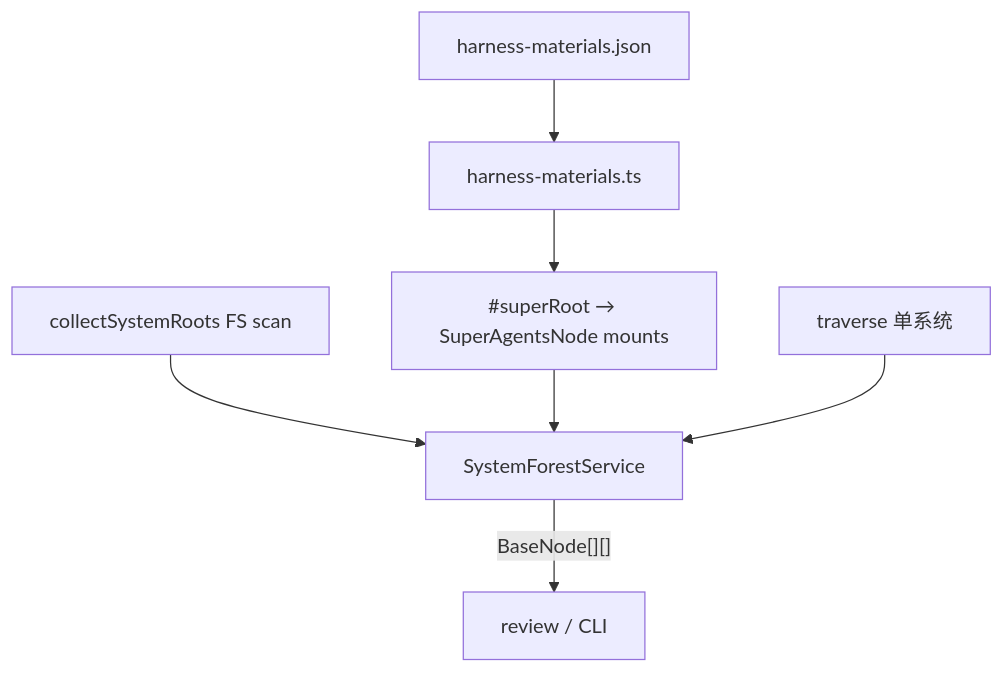
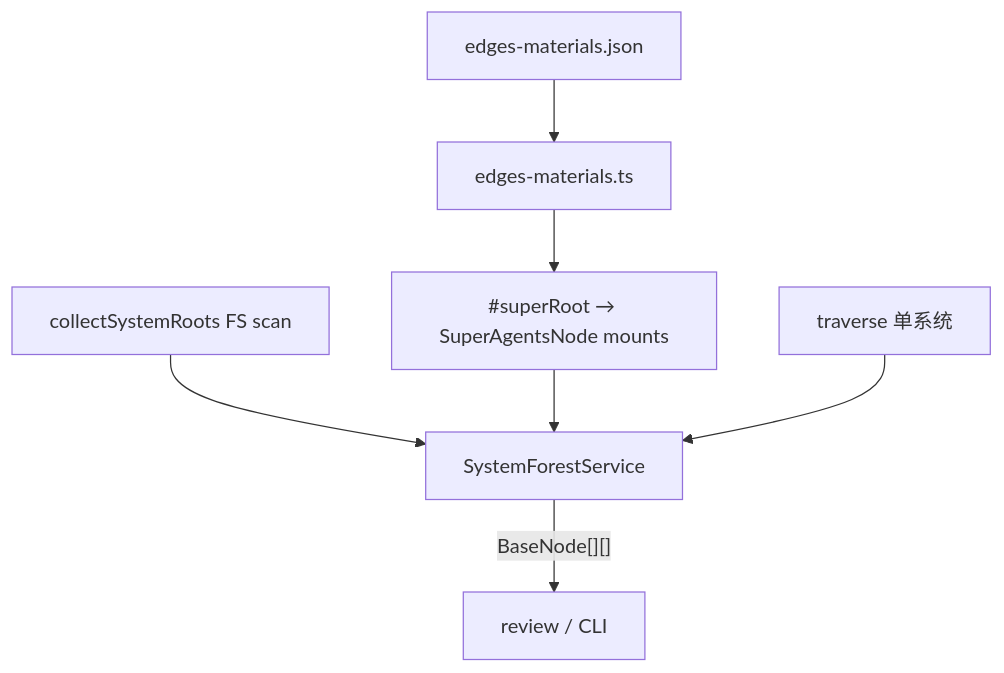
The diagram in docs/superpowers/plans/2026-10-07-system-forest-super-harness-materials.md (VirusPC/edges), drawn with Mermaid before and after one commit. The commit also changed other lines of this file and 897 other files, not shown here.

First line of the commit message:
feat: 材料目录从 .harness 更名为 .edges (#67)

````diff
--- a/docs/superpowers/plans/2026-10-07-system-forest-super-harness-materials.md
+++ b/docs/superpowers/plans/2026-10-07-system-forest-super-harness-materials.md
@@ -39,9 +39,9 @@
 ```mermaid
 flowchart TB
-  CFG["harness-materials.json"] --> LM["harness-materials.ts"]
+  CFG["edges-materials.json"] --> LM["edges-materials.ts"]
   LM --> SUPER["#superRoot → SuperAgentsNode mounts"]
   SCAN["collectSystemRoots FS scan"] --> SFS["SystemForestService"]
   SUPER --> SFS
   TRAV["traverse 单系统"] --> SFS
   SFS -->|"BaseNode[][]"| REV["review / CLI"]
 ```
````
